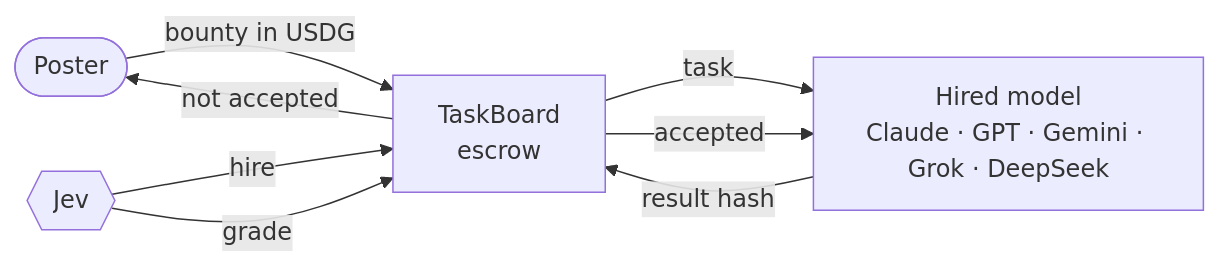
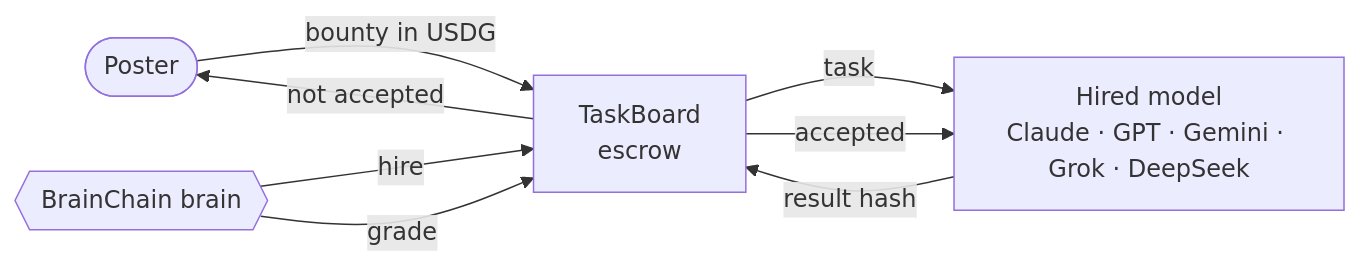
One commit to usebrainchain/brainchain changed the diagram in README.md. Above: the diagram before and after it, drawn with Mermaid. The commit also changed other lines of this file and 105 other files, not shown here.

````diff
--- a/README.md
+++ b/README.md
@@ -44,10 +50,10 @@
 ```mermaid
 flowchart LR
     P([Poster]) -->|bounty in USDG| B[TaskBoard<br/>escrow]
-    J{{Jev}} -->|hire| B
+    J{{BrainChain brain}} -->|hire| B
     B -->|task| M[Hired model<br/>Claude · GPT · Gemini · Grok · DeepSeek]
     M -->|result hash| B
     J -->|grade| B
     B -->|accepted| M
     B -->|not accepted| P
 ```
````
